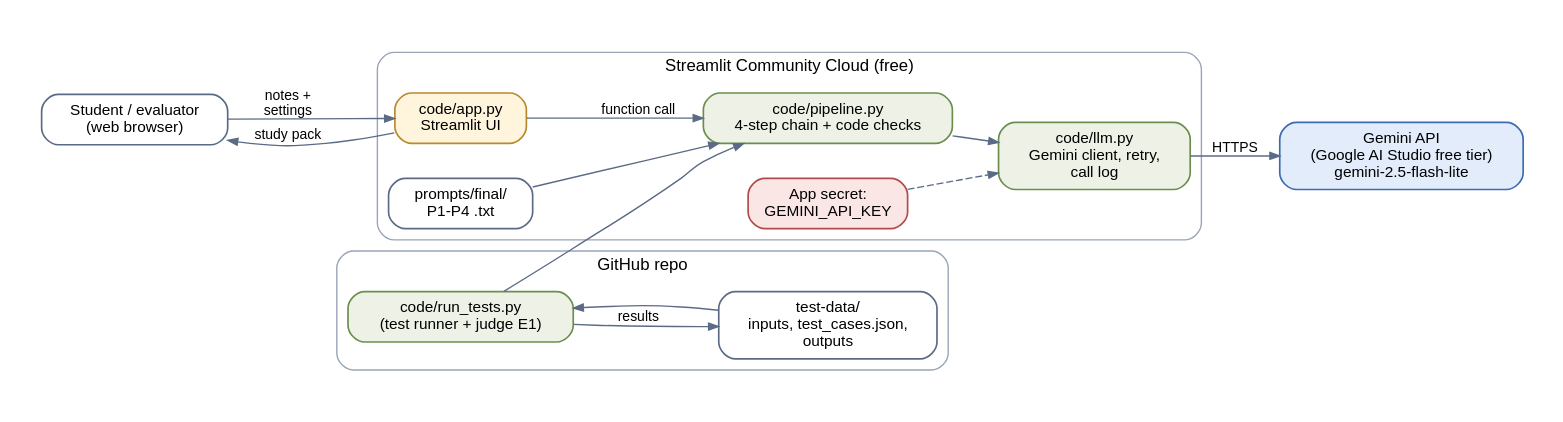
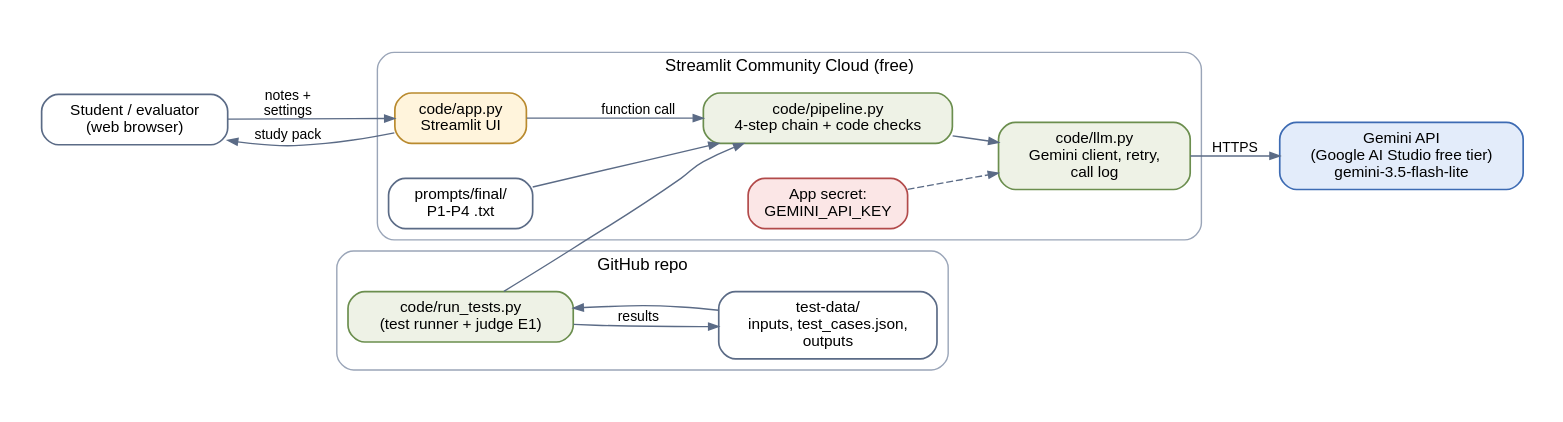
The diagram in docs/diagrams/4_system_architecture.dot (Rehan123-bash/StudyPack), drawn with Graphviz before and after one commit. The commit also changed 18 other files, not shown here.

First line of the commit message:
Record final model (gemini-3.5-flash-lite) in prompts, README and diagram; changelog for final run

```diff
--- a/docs/diagrams/4_system_architecture.dot
+++ b/docs/diagrams/4_system_architecture.dot
@@ -1,20 +1,20 @@
 digraph G {
   rankdir=LR;
   graph [fontname="Helvetica", fontsize=12, bgcolor="white", pad=0.3, nodesep=0.35, ranksep=0.45];
   node  [fontname="Helvetica", fontsize=11, shape=box, style="rounded,filled", fillcolor="#F4F6FA", color="#5B6B86", penwidth=1.2, margin="0.18,0.08"];
   edge  [fontname="Helvetica", fontsize=10, color="#5B6B86", arrowsize=0.7];
   user [label="Student / evaluator\n(web browser)", shape=box, fillcolor="#FFFFFF"];
   subgraph cluster_cloud { label="Streamlit Community Cloud (free)"; style="rounded"; color="#9AA5B8";
     app  [label="code/app.py\nStreamlit UI", fillcolor="#FFF4DC", color="#B98A2E"];
     pipe [label="code/pipeline.py\n4-step chain + code checks", fillcolor="#EEF2E6", color="#6B8E4E"];
     llm  [label="code/llm.py\nGemini client, retry,\ncall log", fillcolor="#EEF2E6", color="#6B8E4E"];
     pr   [label="prompts/final/\nP1-P4 .txt", fillcolor="#FFFFFF"];
     sec  [label="App secret:\nGEMINI_API_KEY", fillcolor="#FBE6E6", color="#B24A4A"]; }
-  gem [label="Gemini API\n(Google AI Studio free tier)\ngemini-2.5-flash-lite", fillcolor="#E3ECFA", color="#3D6BB3"];
+  gem [label="Gemini API\n(Google AI Studio free tier)\ngemini-3.5-flash-lite", fillcolor="#E3ECFA", color="#3D6BB3"];
   subgraph cluster_repo { label="GitHub repo"; style="rounded"; color="#9AA5B8";
     tr  [label="code/run_tests.py\n(test runner + judge E1)", fillcolor="#EEF2E6", color="#6B8E4E"];
     td  [label="test-data/\ninputs, test_cases.json,\noutputs", fillcolor="#FFFFFF"]; }
   user -> app [label="notes +\nsettings"]; app -> user [label="study pack"];
   app -> pipe [label="function call"]; pipe -> llm; llm -> gem [label="HTTPS"]; pr -> pipe; sec -> llm [style=dashed];
   tr -> pipe; td -> tr; tr -> td [label="results"];
 }
```
